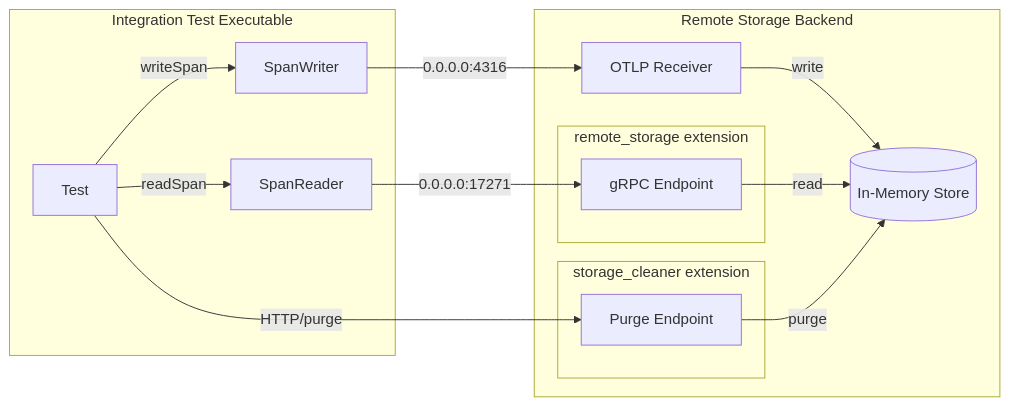
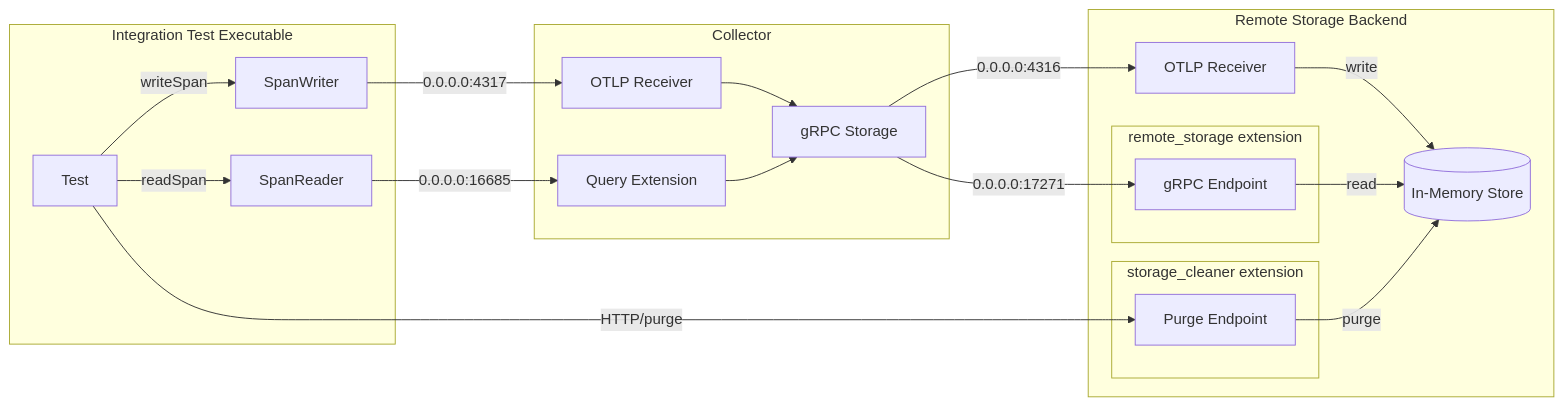
Before and after one commit to jaegertracing/jaeger: the fourth of 4 diagrams in cmd/jaeger/internal/integration/README.md, drawn with Mermaid.

Commit message:
[fix] Fix mermaid diagram for gRPC integration test setup (#7116)
<!--
!! Please DELETE this comment before posting.
We appreciate your contribution to the Jaeger project! 👋🎉
-->

## Which problem is this PR solving?
- Towards #7055

## Description of the changes
- The original Mermaid diagram for the gRPC integration test setup only
showed two binaries, but there are actually three involved. This PR
updates the diagram to accurately reflect all three.

## Checklist
- [x] I have read
https://github.com/jaegertracing/jaeger/blob/master/CONTRIBUTING_GUIDELINES.md
- [x] I have signed all commits
- [x] I have added unit tests for the new functionality
- [x] I have run lint and test steps successfully
  - for `jaeger`: `make lint test`
  - for `jaeger-ui`: `npm run lint` and `npm run test`

---------

````diff
--- a/cmd/jaeger/internal/integration/README.md
+++ b/cmd/jaeger/internal/integration/README.md
@@ -114,27 +114,36 @@
 ``` mermaid
 flowchart LR
 
 Test --> |writeSpan| SpanWriter
 Test --> |HTTP/purge| PurgeEndpoint
-SpanWriter --> |0.0.0.0:4316| OTLP_Receiver
+SpanWriter --> |0.0.0.0:4317| OTLP_Receiver1
+OTLP_Receiver1 --> GRPCStorage
+GRPCStorage --> |0.0.0.0:4316| OTLP_Receiver
 OTLP_Receiver --> |write| Storage
 Test --> |readSpan| SpanReader
-SpanReader --> |0.0.0.0:17271| RemoteStorageAPI
+SpanReader --> |0.0.0.0:16685| QueryExtension
+QueryExtension --> GRPCStorage
+GRPCStorage --> |0.0.0.0:17271| RemoteStorageAPI
 RemoteStorageAPI --> |read| Storage
 PurgeEndpoint --> |purge| Storage
 subgraph Integration Test Executable
     Test
     SpanWriter
     SpanReader
+end
+subgraph Collector
+    OTLP_Receiver1[OTLP Receiver]
+    QueryExtension[Query Extension]
+    GRPCStorage[gRPC Storage]
 end
 subgraph Remote Storage Backend
     OTLP_Receiver[OTLP Receiver]
     Storage[(In-Memory Store)]
     subgraph remote_storage extension
         RemoteStorageAPI[gRPC Endpoint]
     end
     subgraph storage_cleaner extension
         PurgeEndpoint[Purge Endpoint]
     end
 end
 ```
````
